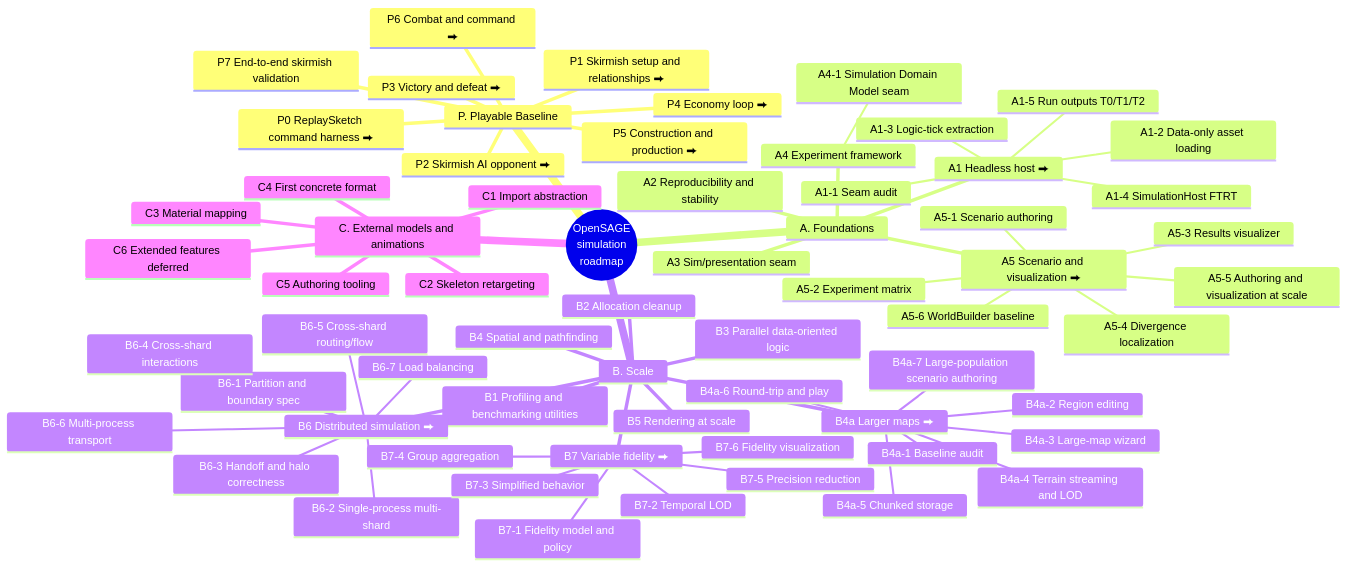
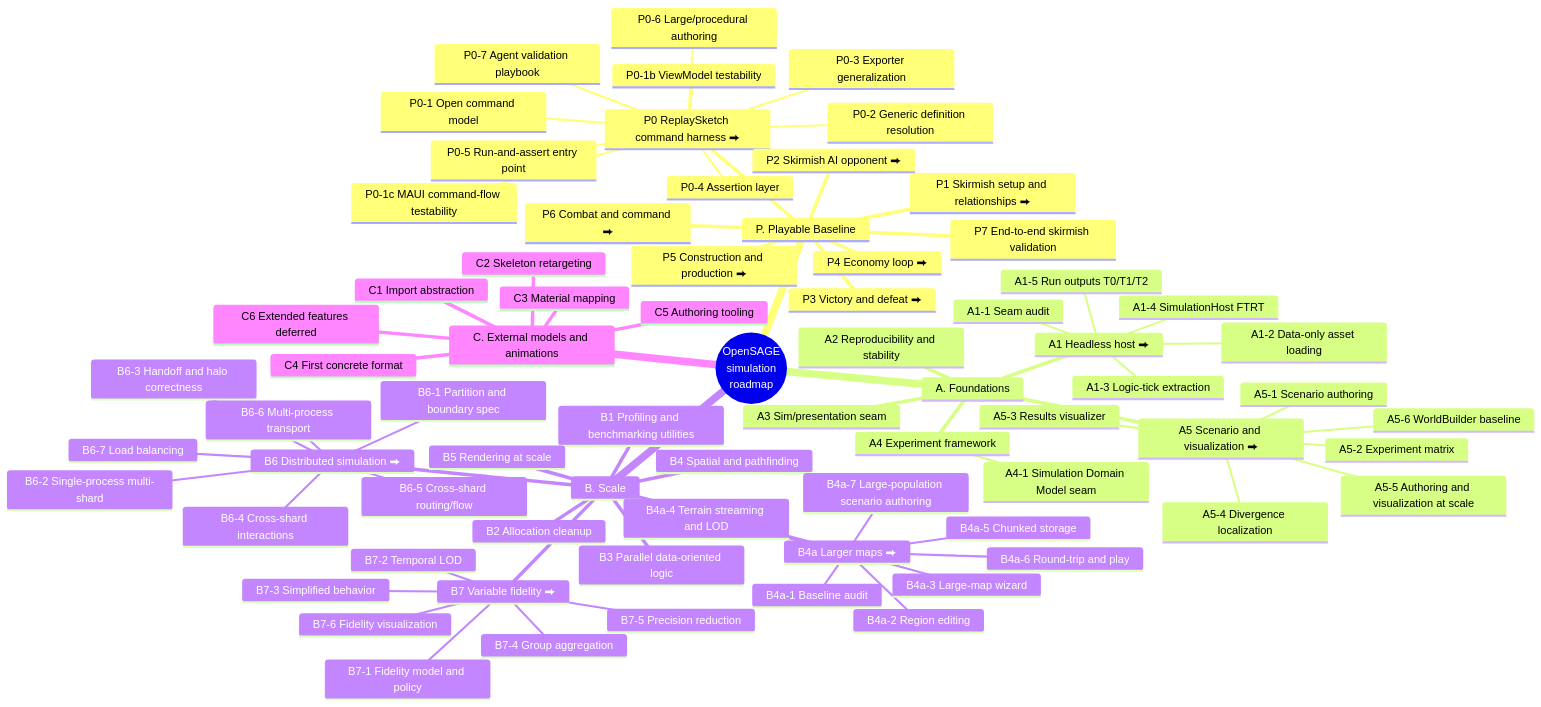
Before and after one commit to rmessinger/Panopticon: the first of 2 diagrams in docs/roadmap/roadmap-tree.md, drawn with Mermaid. The commit also changed 21 other files, not shown here.

````diff
--- a/docs/roadmap/roadmap-tree.md
+++ b/docs/roadmap/roadmap-tree.md
@@ -33,67 +33,76 @@
 ```mermaid
 mindmap
   root((OpenSAGE<br/>simulation<br/>roadmap))
     P. Playable Baseline
       P0 ReplaySketch command harness ⮕
+        P0-1 Open command model
+        P0-1b ViewModel testability
+        P0-1c MAUI command-flow testability
+        P0-2 Generic definition resolution
+        P0-3 Exporter generalization
+        P0-4 Assertion layer
+        P0-5 Run-and-assert entry point
+        P0-6 Large/procedural authoring
+        P0-7 Agent validation playbook
       P1 Skirmish setup and relationships ⮕
       P2 Skirmish AI opponent ⮕
       P3 Victory and defeat ⮕
       P4 Economy loop ⮕
       P5 Construction and production ⮕
       P6 Combat and command ⮕
       P7 End-to-end skirmish validation
     A. Foundations
       A1 Headless host ⮕
         A1-1 Seam audit
         A1-2 Data-only asset loading
         A1-3 Logic-tick extraction
         A1-4 SimulationHost FTRT
         A1-5 Run outputs T0/T1/T2
       A2 Reproducibility and stability
       A3 Sim/presentation seam
       A4 Experiment framework
         A4-1 Simulation Domain Model seam
       A5 Scenario and visualization ⮕
         A5-1 Scenario authoring
         A5-2 Experiment matrix
         A5-3 Results visualizer
         A5-4 Divergence localization
         A5-5 Authoring and visualization at scale
         A5-6 WorldBuilder baseline
     B. Scale
       B1 Profiling and benchmarking utilities
       B2 Allocation cleanup
       B3 Parallel data-oriented logic
       B4 Spatial and pathfinding
       B4a Larger maps ⮕
         B4a-1 Baseline audit
         B4a-2 Region editing
         B4a-3 Large-map wizard
         B4a-4 Terrain streaming and LOD
         B4a-5 Chunked storage
         B4a-6 Round-trip and play
         B4a-7 Large-population scenario authoring
       B5 Rendering at scale
       B6 Distributed simulation ⮕
         B6-1 Partition and boundary spec
         B6-2 Single-process multi-shard
         B6-3 Handoff and halo correctness
         B6-4 Cross-shard interactions
         B6-5 Cross-shard routing/flow
         B6-6 Multi-process transport
         B6-7 Load balancing
       B7 Variable fidelity ⮕
         B7-1 Fidelity model and policy
         B7-2 Temporal LOD
         B7-3 Simplified behavior
         B7-4 Group aggregation
         B7-5 Precision reduction
         B7-6 Fidelity visualization
     C. External models and animations
       C1 Import abstraction
       C2 Skeleton retargeting
       C3 Material mapping
       C4 First concrete format
       C5 Authoring tooling
       C6 Extended features deferred
 ```
````
